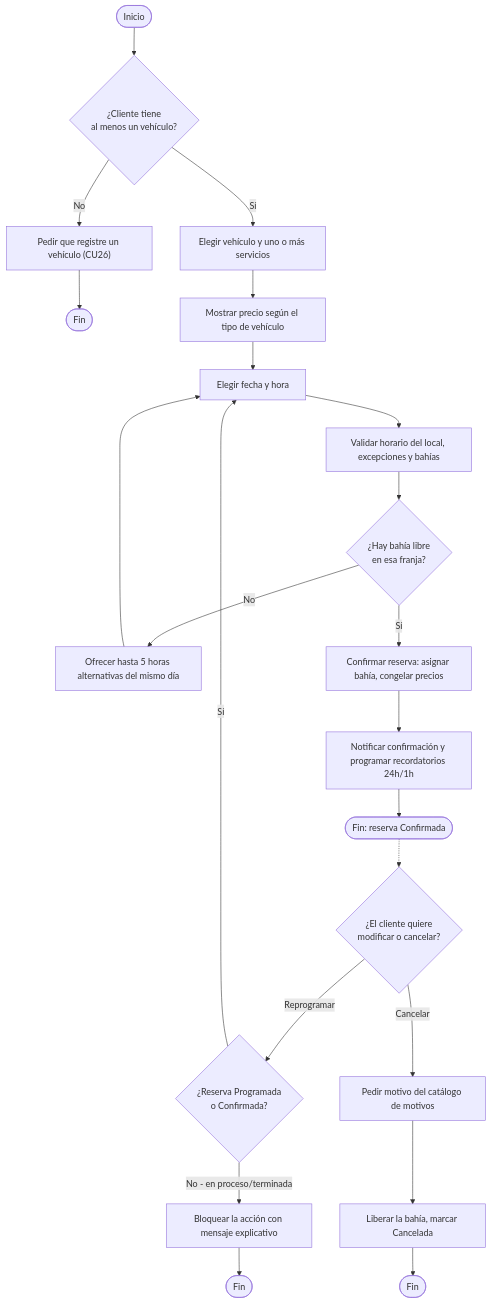
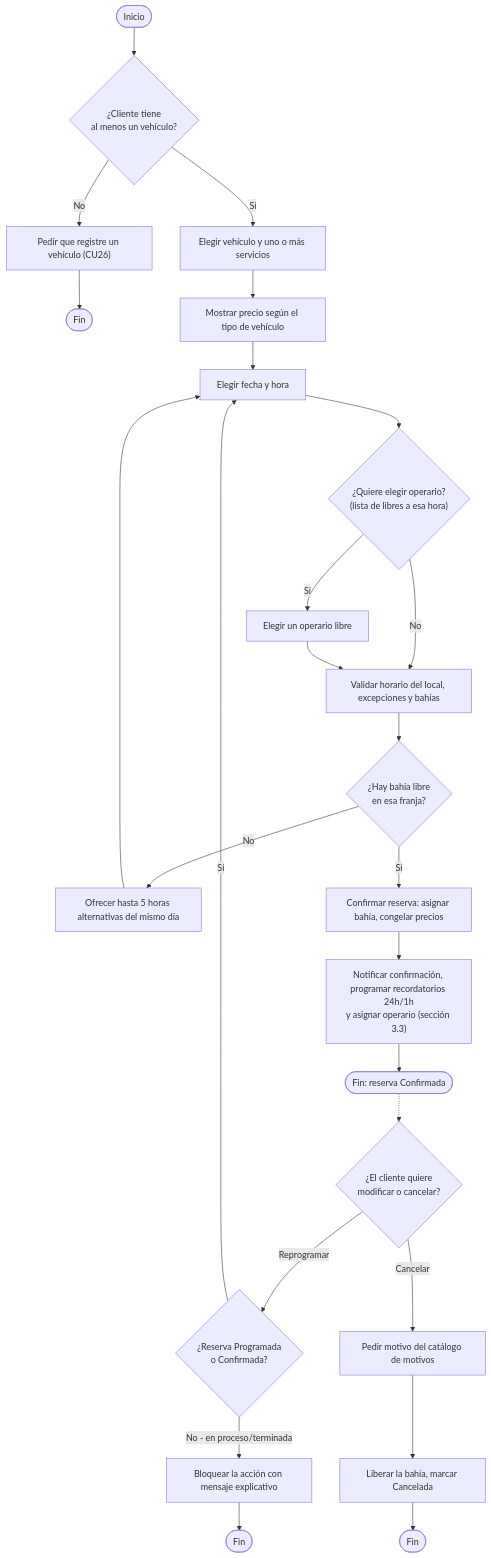
Before and after one commit to BrayanCABRERA123/lavarapido-docs: diagram 15 of 24 in 02-analisis-vistas-dinamicas/ES/analisis-vistas-dinamicas.md, drawn with Mermaid. The commit also changed other lines of this file and 1 other file, not shown here.

````diff
--- a/02-analisis-vistas-dinamicas/ES/analisis-vistas-dinamicas.md
+++ b/02-analisis-vistas-dinamicas/ES/analisis-vistas-dinamicas.md
@@ -522,25 +625,28 @@
 ```mermaid
 flowchart TD
     start([Inicio]) --> veh{¿Cliente tiene<br/>al menos un vehículo?}
     veh -->|No| regveh["Pedir que registre un vehículo (CU26)"]
     regveh --> stop0([Fin])
     veh -->|Sí| sel[Elegir vehículo y uno o más servicios]
     sel --> price[Mostrar precio según el tipo de vehículo]
     price --> date[Elegir fecha y hora]
-    date --> check[Validar horario del local, excepciones y bahías]
+    date --> op{"¿Quiere elegir operario?<br/>(lista de libres a esa hora)"}
+    op -->|Sí| pickop[Elegir un operario libre]
+    op -->|No| check[Validar horario del local, excepciones y bahías]
+    pickop --> check
     check --> avail{¿Hay bahía libre<br/>en esa franja?}
     avail -->|No| alt[Ofrecer hasta 5 horas alternativas del mismo día]
     alt --> date
     avail -->|Sí| confirm[Confirmar reserva: asignar bahía, congelar precios]
-    confirm --> notif[Notificar confirmación y programar recordatorios 24h/1h]
+    confirm --> notif["Notificar confirmación, programar recordatorios 24h/1h<br/>y asignar operario (sección 3.3)"]
     notif --> stop1([Fin: reserva Confirmada])
 
     stop1 -.-> manage{¿El cliente quiere<br/>modificar o cancelar?}
     manage -->|Reprogramar| state{¿Reserva Programada<br/>o Confirmada?}
     state -->|No - en proceso/terminada| block[Bloquear la acción con mensaje explicativo]
     block --> stop2([Fin])
     state -->|Sí| date
     manage -->|Cancelar| reason[Pedir motivo del catálogo de motivos]
     reason --> free[Liberar la bahía, marcar Cancelada]
     free --> stop3([Fin])
 ```
````
